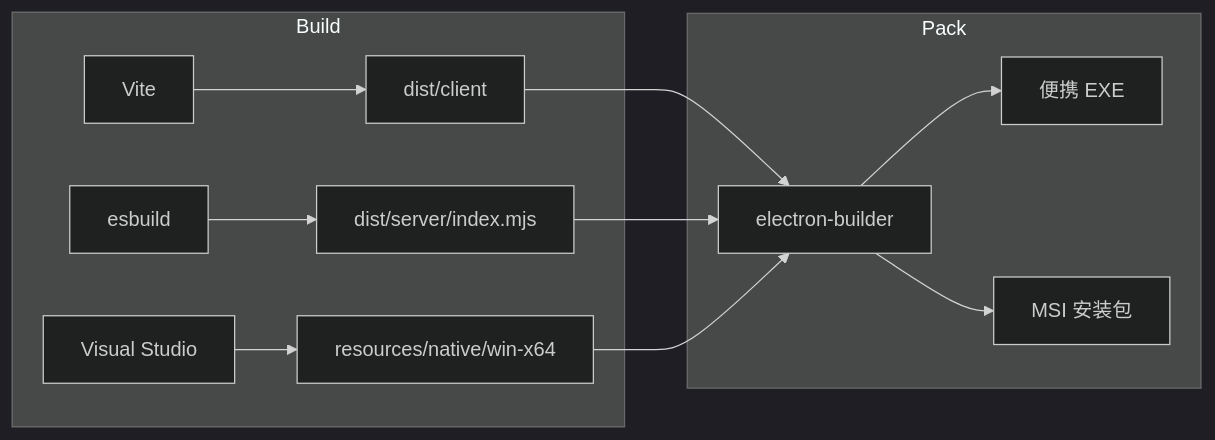
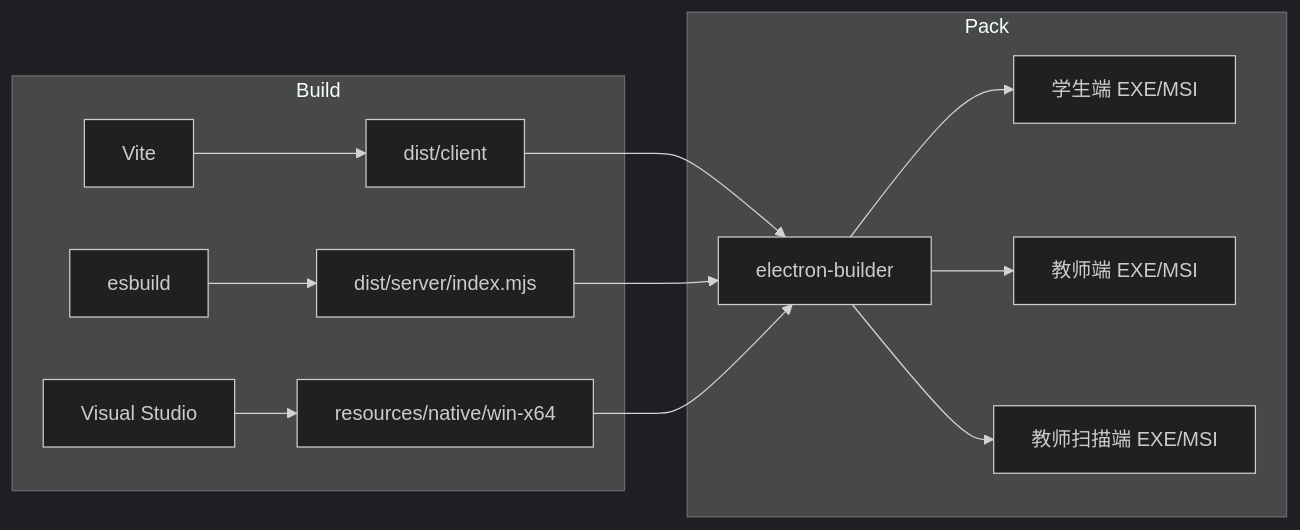
The fourth of 4 diagrams in readus/ARCHITECTURE.md (Dalian-No-5-Middle-School-I-T-C/Project-X), drawn with Mermaid (dark theme) before and after one commit. The commit also changed other lines of this file and 9 other files, not shown here.

````diff
--- a/readus/ARCHITECTURE.md
+++ b/readus/ARCHITECTURE.md
@@ -296,18 +296,19 @@
 ```mermaid
 flowchart LR
     subgraph Build
         V[Vite] --> DC[dist/client]
         E[esbuild] --> DS[dist/server/index.mjs]
         VS[Visual Studio] --> NAT[resources/native/win-x64]
     end
 
     subgraph Pack
         EB[electron-builder]
-        EB --> EXE[便携 EXE]
-        EB --> MSI[MSI 安装包]
+        EB --> S[学生端 EXE/MSI]
+        EB --> T[教师端 EXE/MSI]
+        EB --> TS[教师扫描端 EXE/MSI]
     end
 
     DC --> EB
     DS --> EB
     NAT --> EB
 ```
````
